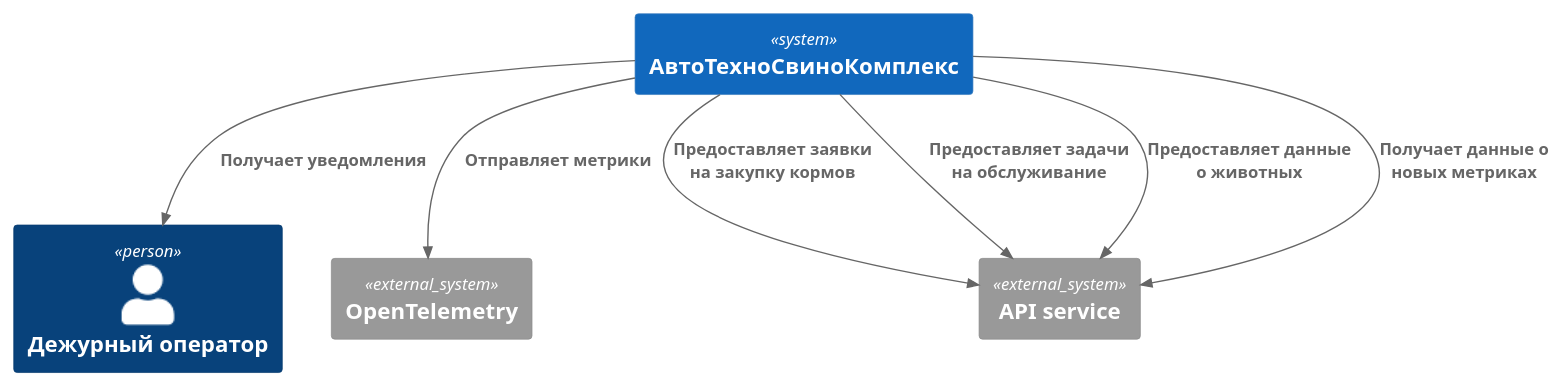
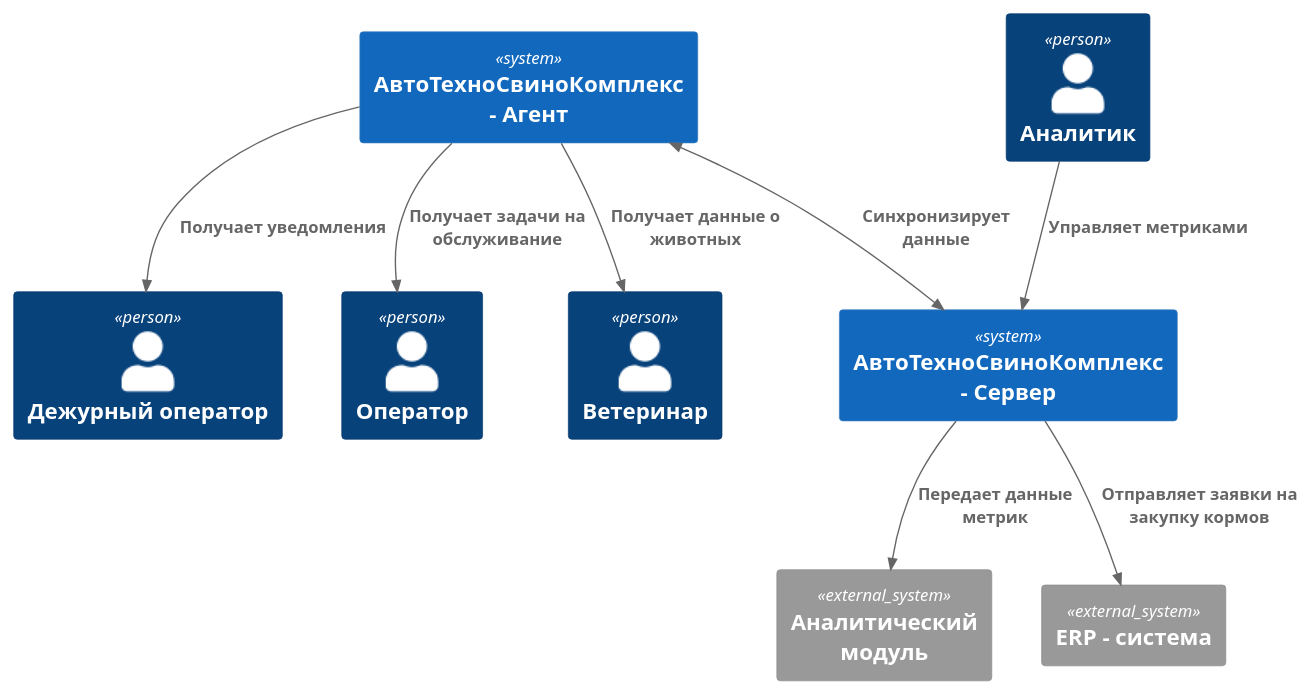
The diagram in Task1/ATCK_C4_Context_alternative.puml (mirray/MSA-AgroTech), drawn with PlantUML before and after one commit. The commit also changed 1 other file, not shown here.

```diff
--- a/Task1/ATCK_C4_Context_alternative.puml
+++ b/Task1/ATCK_C4_Context_alternative.puml
@@ -1,18 +1,24 @@
 @startuml Архитектура_АвтоТехноСвиноКомплекс_v1_Альтернативное_Решение
 !include <C4/C4_Context>
 
+
 Person(duty_operator, "Дежурный оператор")
+Person(operator, "Оператор")
+Person(analytic, "Аналитик")
+Person(vet, "Ветеринар")
 
-System(atck, "АвтоТехноСвиноКомплекс")
+System(atck_agent, "АвтоТехноСвиноКомплекс - Агент")
+System(atck_server, "АвтоТехноСвиноКомплекс - Сервер")
+BiRel(atck_agent, atck_server, "Синхронизирует данные")
 
-Rel(atck, duty_operator, "Получает уведомления")
+Rel(atck_agent, duty_operator, "Получает уведомления")
+Rel(atck_agent, operator, "Получает задачи на обслуживание")
+Rel(atck_agent, vet, "Получает данные о животных")
+Rel(analytic, atck_server, "Управляет метриками")
 
-System_Ext(open_telemetry, "OpenTelemetry")
-System_Ext(api, "API service")
+System_Ext(analytic_module, "Аналитический модуль")
+System_Ext(erp, "ERP - система")
 
-Rel(atck, open_telemetry, "Отправляет метрики")
-Rel(atck, api, "Предоставляет заявки на закупку кормов")
-Rel(atck, api, "Предоставляет задачи на обслуживание")
-Rel(atck, api, "Предоставляет данные о животных")
-Rel(atck, api, "Получает данные о новых метриках")
+Rel(atck_server, analytic_module, "Передает данные метрик")
+Rel(atck_server, erp, "Отправляет заявки на закупку кормов")
 @enduml
```
